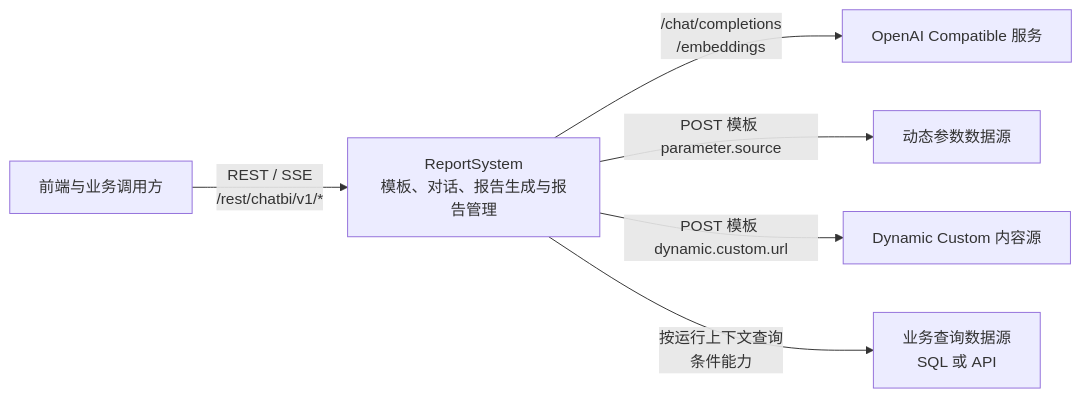
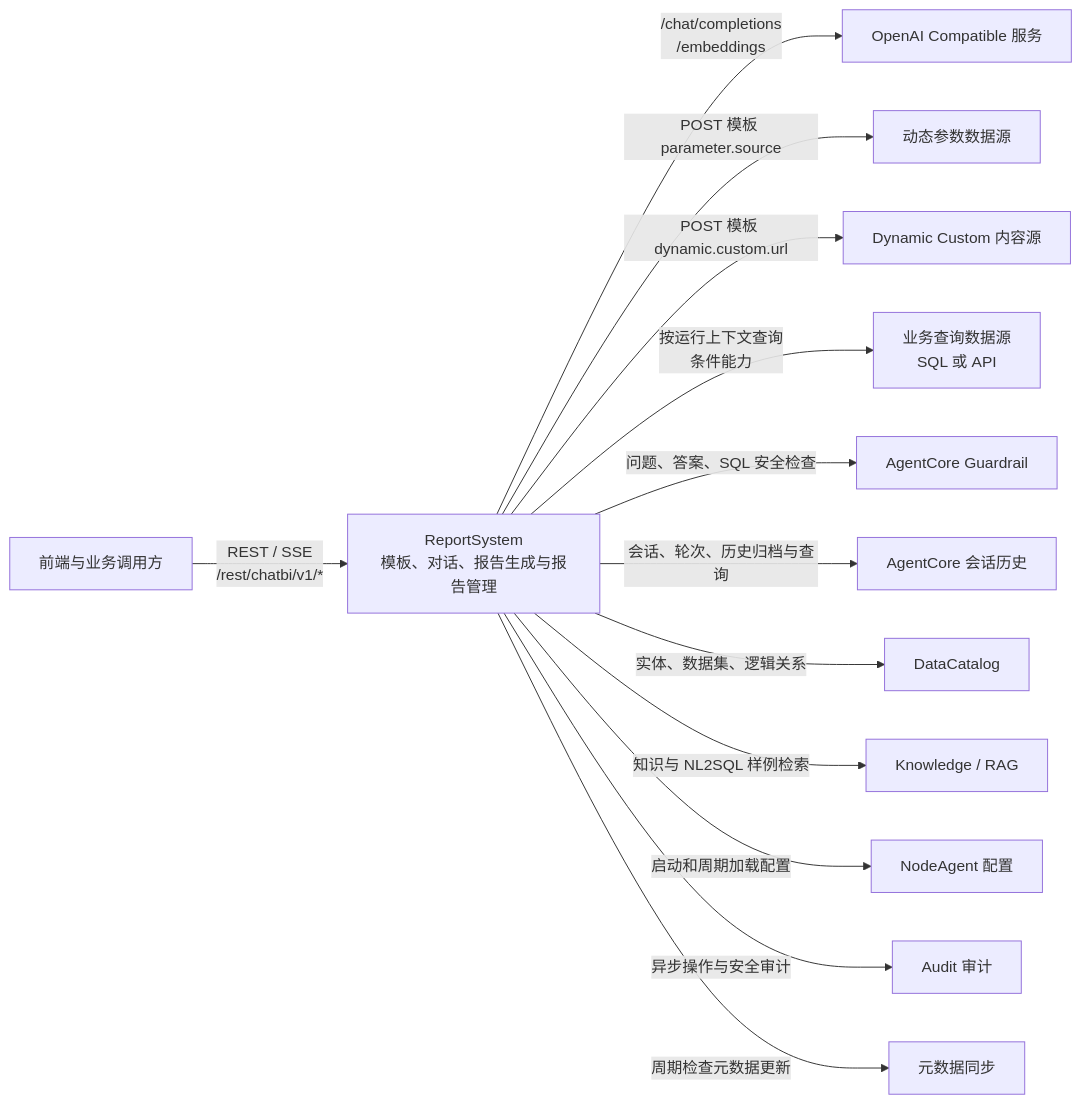
The diagram in docs/implementation/contracts/apis/README.md (shel447/ReportSystem), drawn with Mermaid before and after one commit. The commit also changed other lines of this file and 63 other files, not shown here.

````diff
--- a/docs/implementation/contracts/apis/README.md
+++ b/docs/implementation/contracts/apis/README.md
@@ -7,15 +7,29 @@
 ```mermaid
 flowchart LR
     client["前端与业务调用方"]
     reportSystem["ReportSystem<br/>模板、对话、报告生成与报告管理"]
     llm["OpenAI Compatible 服务"]
     parameterSource["动态参数数据源"]
     customSource["Dynamic Custom 内容源"]
     querySource["业务查询数据源<br/>SQL 或 API"]
+    guardrail["AgentCore Guardrail"]
+    agentcore["AgentCore 会话历史"]
+    dataCatalog["DataCatalog"]
+    knowledge["Knowledge / RAG"]
+    nodeAgent["NodeAgent 配置"]
+    audit["Audit 审计"]
+    metadata["元数据同步"]
 
     client -->|"REST / SSE<br/>/rest/chatbi/v1/*"| reportSystem
     reportSystem -->|"/chat/completions<br/>/embeddings"| llm
     reportSystem -->|"POST 模板 parameter.source"| parameterSource
     reportSystem -->|"POST 模板 dynamic.custom.url"| customSource
     reportSystem -->|"按运行上下文查询<br/>条件能力"| querySource
+    reportSystem -->|"问题、答案、SQL 安全检查"| guardrail
+    reportSystem -->|"会话、轮次、历史归档与查询"| agentcore
+    reportSystem -->|"实体、数据集、逻辑关系"| dataCatalog
+    reportSystem -->|"知识与 NL2SQL 样例检索"| knowledge
+    reportSystem -->|"启动和周期加载配置"| nodeAgent
+    reportSystem -->|"异步操作与安全审计"| audit
+    reportSystem -->|"周期检查元数据更新"| metadata
 ```
````
